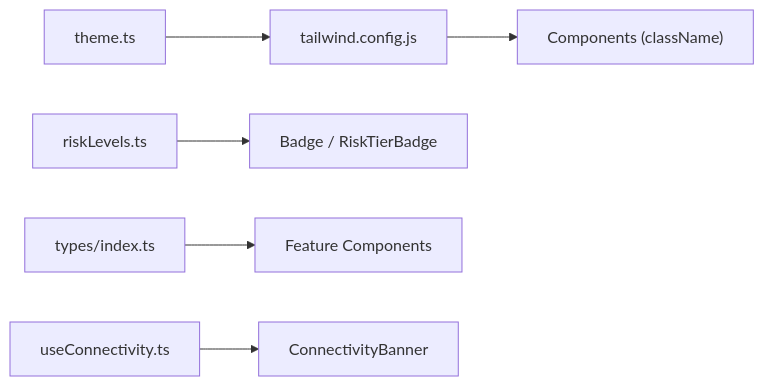
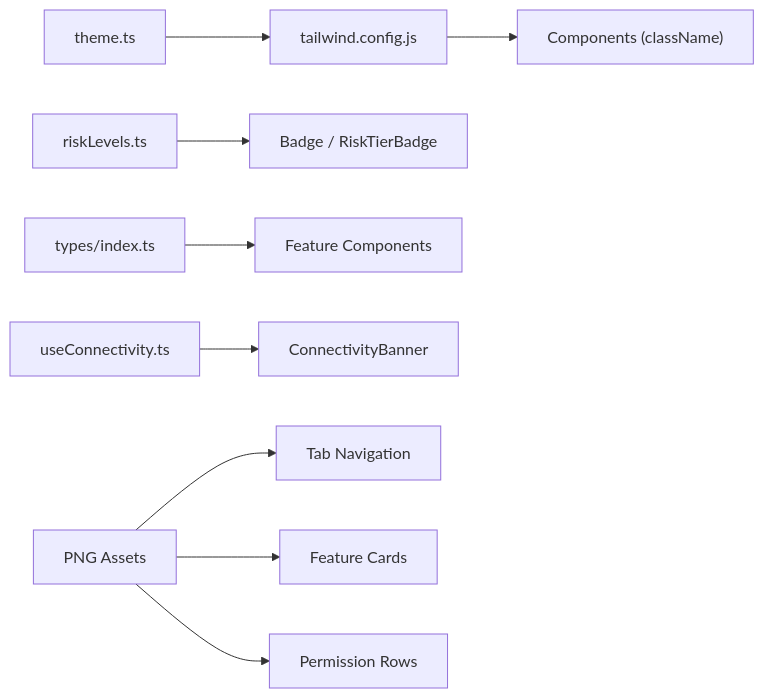
The ninth of 9 diagrams in .qoder/repowiki/en/content/UI Components Library/UI Components Library.md (AdeelTahir-SE/DermSight), drawn with Mermaid before and after one commit. The commit also changed other lines of this file and 33 other files, not shown here.

````diff
--- a/.qoder/repowiki/en/content/UI Components Library/UI Components Library.md
+++ b/.qoder/repowiki/en/content/UI Components Library/UI Components Library.md
@@ -387,8 +479,11 @@
 ```mermaid
 graph LR
 TW["tailwind.config.js"] --> CN["Components (className)"]
 TH["theme.ts"] --> TW
 RL["riskLevels.ts"] --> BADGE["Badge / RiskTierBadge"]
 TYP["types/index.ts"] --> FEAT["Feature Components"]
 UC["useConnectivity.ts"] --> CB["ConnectivityBanner"]
+ICON["PNG Assets"] --> TAB["Tab Navigation"]
+ICON --> FEATURE["Feature Cards"]
+ICON --> PERMISSION["Permission Rows"]
 ```
````
